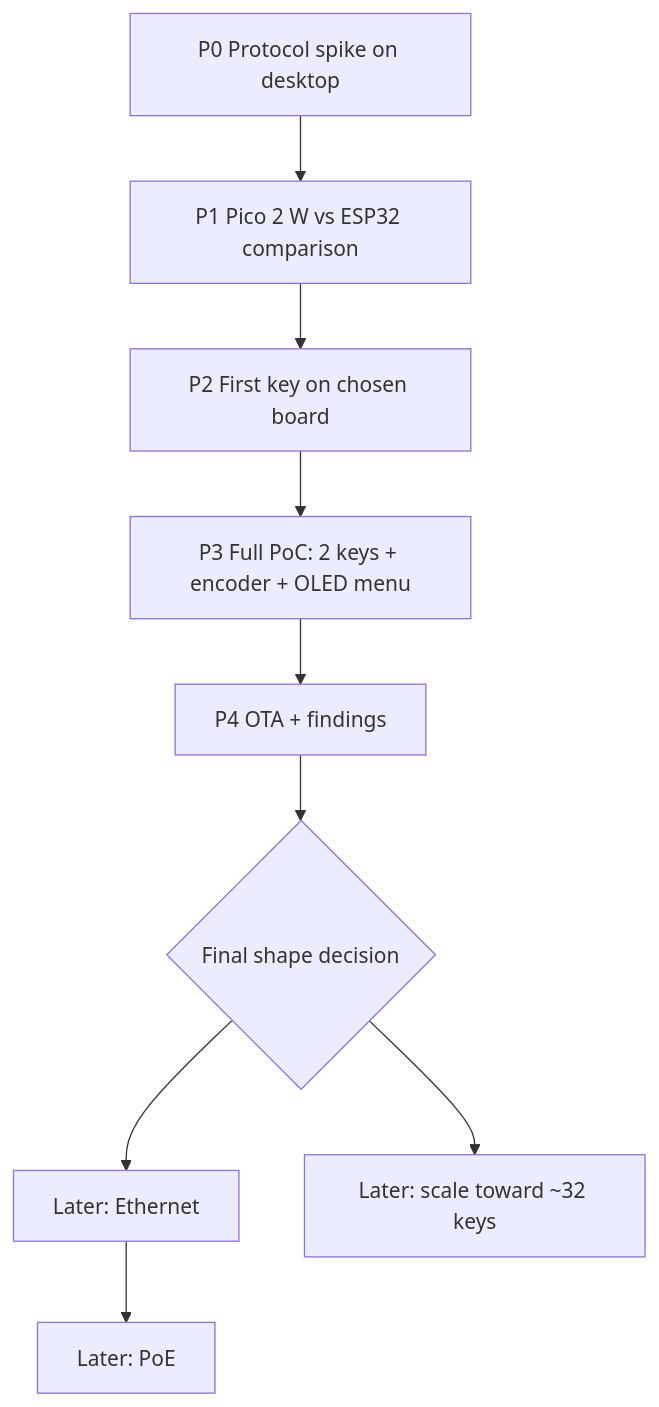
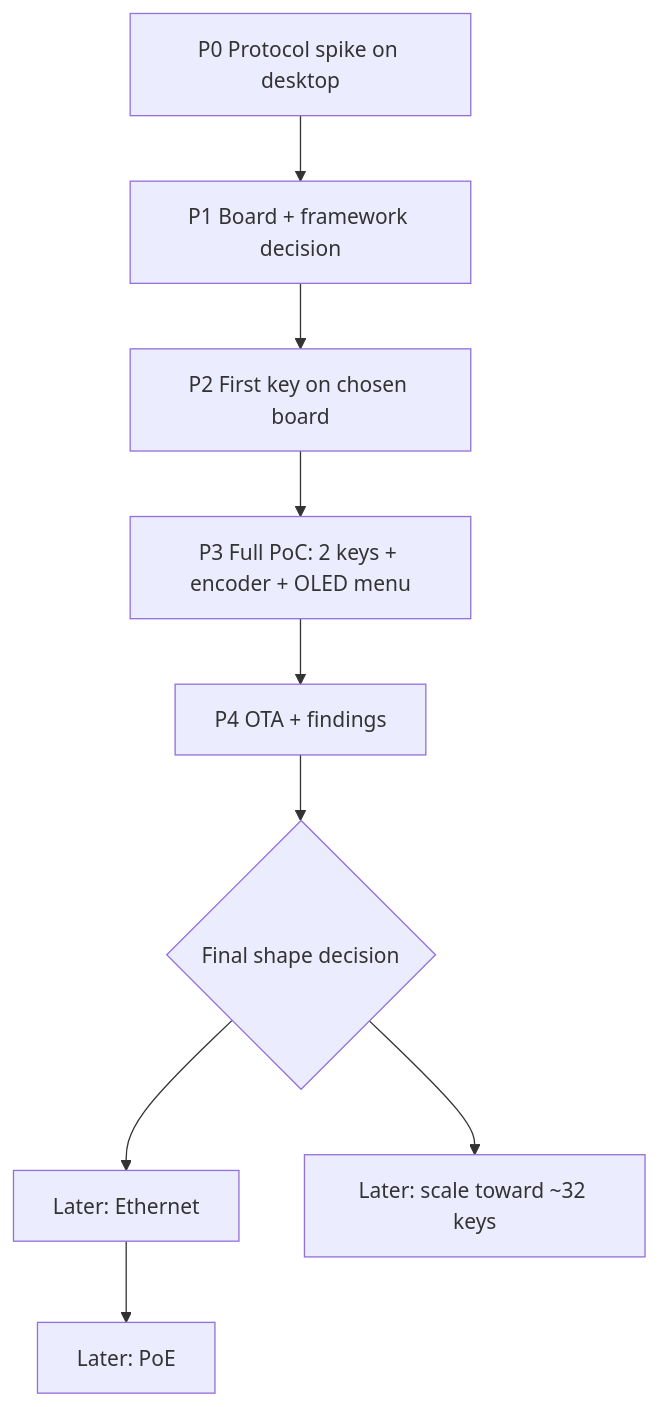
Before and after one commit to thiemok/opendeck-studio: the first of 4 diagrams in docs/plans/2026-11-13-1722-feat-companion-network-deck-poc-plan.md, drawn with Mermaid. The commit also changed other lines of this file and 3 other files, not shown here.

````diff
--- a/docs/plans/2026-11-13-1722-feat-companion-network-deck-poc-plan.md
+++ b/docs/plans/2026-11-13-1722-feat-companion-network-deck-poc-plan.md
@@ -90,11 +93,11 @@
 ```mermaid
 flowchart TB
-  P0[P0 Protocol spike on desktop] --> P1[P1 Pico 2 W vs ESP32 comparison]
+  P0[P0 Protocol spike on desktop] --> P1[P1 Board + framework decision]
   P1 --> P2[P2 First key on chosen board]
   P2 --> P3[P3 Full PoC: 2 keys + encoder + OLED menu]
   P3 --> P4[P4 OTA + findings]
   P4 --> D{Final shape decision}
   D --> E[Later: Ethernet]
   E --> F[Later: PoE]
   D --> S[Later: scale toward ~32 keys]
 ```
````
